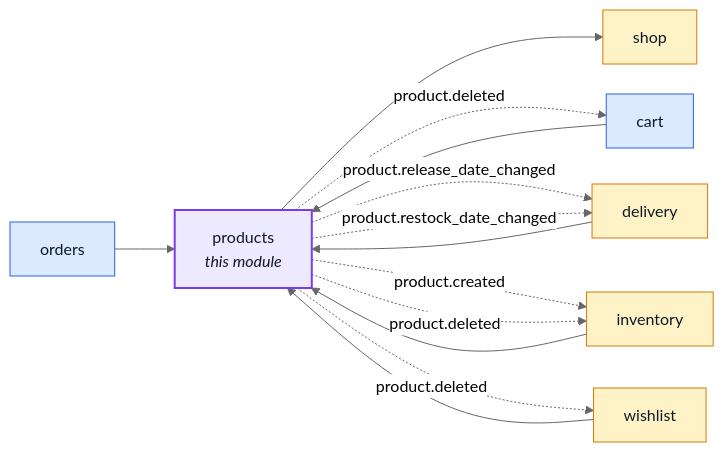
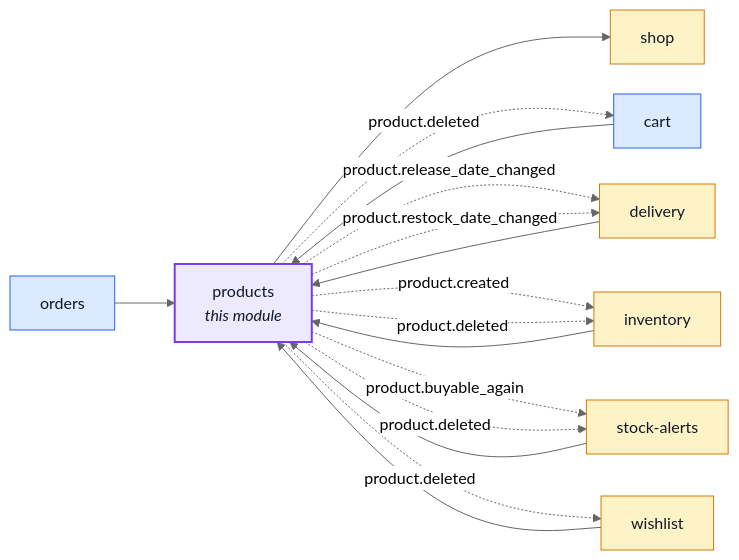
The first of 4 diagrams in docs/modules/products.md (Guebbit/boilerplate-node-backend), drawn with Mermaid (neutral theme) before and after one commit. The commit also changed 38 other files, not shown here.

First line of the commit message:
feat(stock-alerts): tell a buyer once when a product they asked about can be ordered again

````diff
--- a/docs/modules/products.md
+++ b/docs/modules/products.md
@@ -17,32 +17,36 @@
 ```mermaid
 %%{init: {'flowchart': {'nodeSpacing': 30, 'rankSpacing': 60}}}%%
 flowchart LR
     products["products<br/><i>this module</i>"]
     cart["cart"]
     delivery["delivery"]
     inventory["inventory"]
     orders["orders"]
     shop["shop"]
+    stock_alerts["stock-alerts"]
     wishlist["wishlist"]
 
     cart --> products
     delivery --> products
     inventory --> products
     orders --> products
+    stock_alerts --> products
     wishlist --> products
     products --> shop
     products -. "product.deleted" .-> cart
     products -. "product.release_date_changed" .-> delivery
     products -. "product.restock_date_changed" .-> delivery
     products -. "product.created" .-> inventory
     products -. "product.deleted" .-> inventory
+    products -. "product.buyable_again" .-> stock_alerts
+    products -. "product.deleted" .-> stock_alerts
     products -. "product.deleted" .-> wishlist
 
     classDef core fill:#dbeafe,stroke:#2563eb,color:#111827;
     classDef supporting fill:#fef3c7,stroke:#d97706,color:#111827;
     classDef generic fill:#dcfce7,stroke:#16a34a,color:#111827;
     classDef centre fill:#ede9fe,stroke:#7c3aed,stroke-width:2px,color:#111827;
     class cart,orders core;
-    class delivery,inventory,shop,wishlist supporting;
+    class delivery,inventory,shop,stock_alerts,wishlist supporting;
     class products centre;
 ```
````
